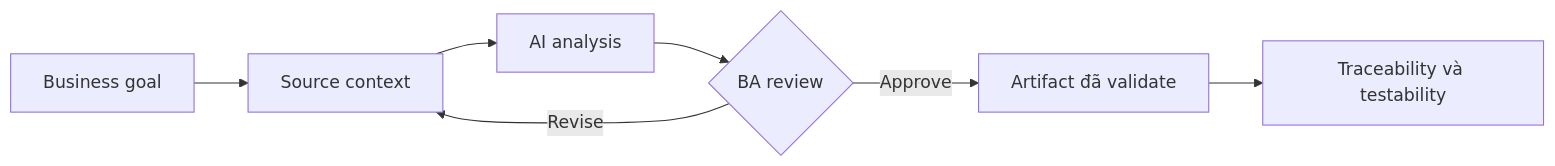
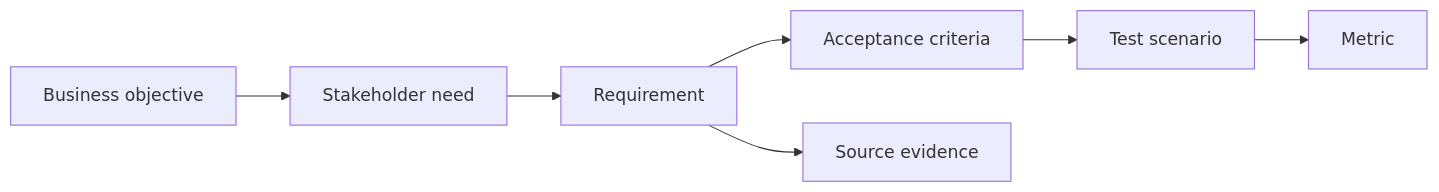
The diagram in docs/vi/lessons/traceability-and-testability/index.md (anhtnt90dev/ai-for-ba), drawn with Mermaid before and after one commit. The commit also changed other lines of this file and 64 other files, not shown here.

````diff
--- a/docs/vi/lessons/traceability-and-testability/index.md
+++ b/docs/vi/lessons/traceability-and-testability/index.md
@@ -39,9 +38,9 @@
 ```mermaid
 flowchart LR
-    A["Business goal"] --> B["Source context"]
-    B --> C["AI analysis"]
-    C --> D{"BA review"}
-    D -->|"Revise"| B
-    D -->|"Approve"| E["Artifact đã validate"]
-    E --> F["Traceability và testability"]
+    A["Business objective"] --> B["Stakeholder need"]
+    B --> C["Requirement"]
+    C --> D["Acceptance criteria"]
+    D --> E["Test scenario"]
+    E --> F["Metric"]
+    C --> G["Source evidence"]
 ```
````
